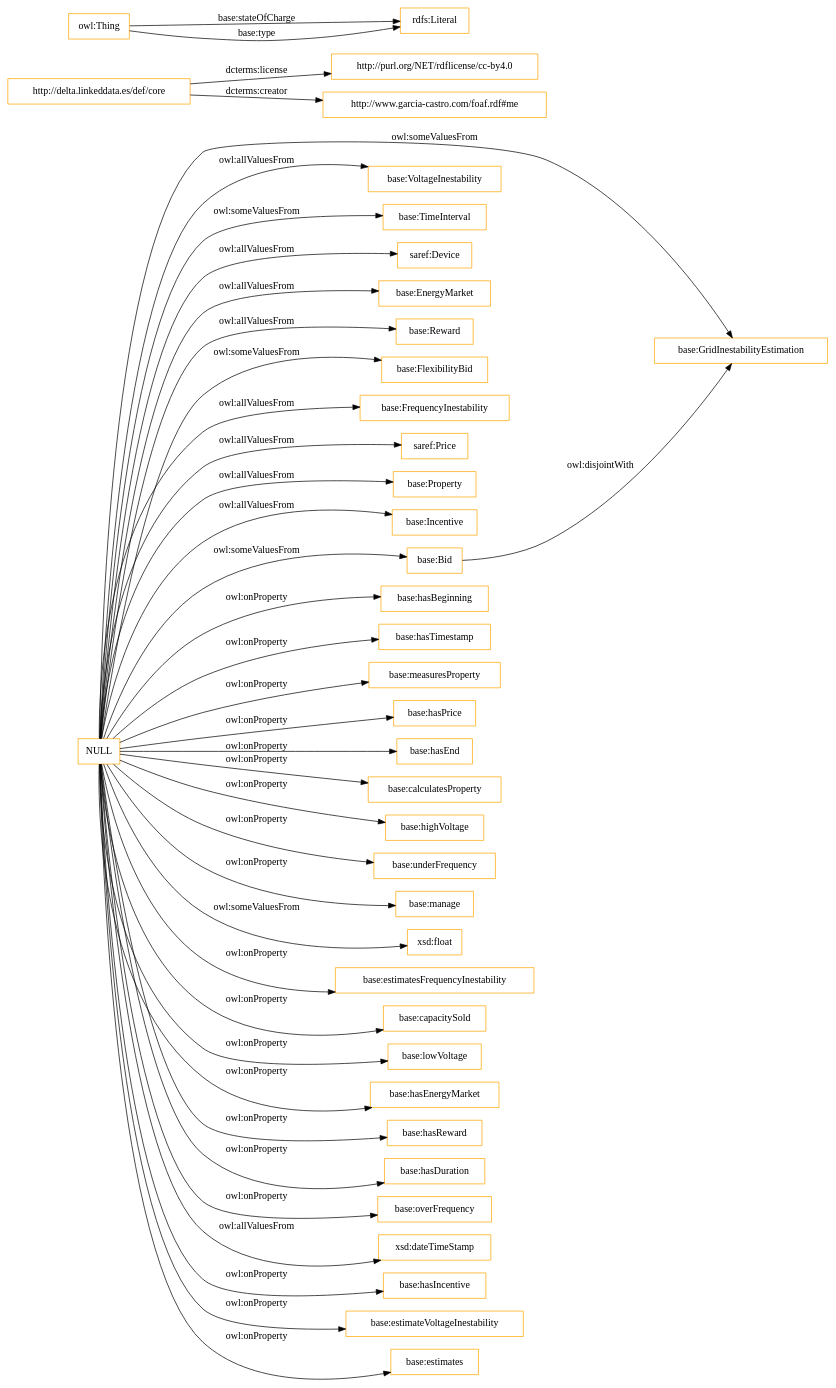
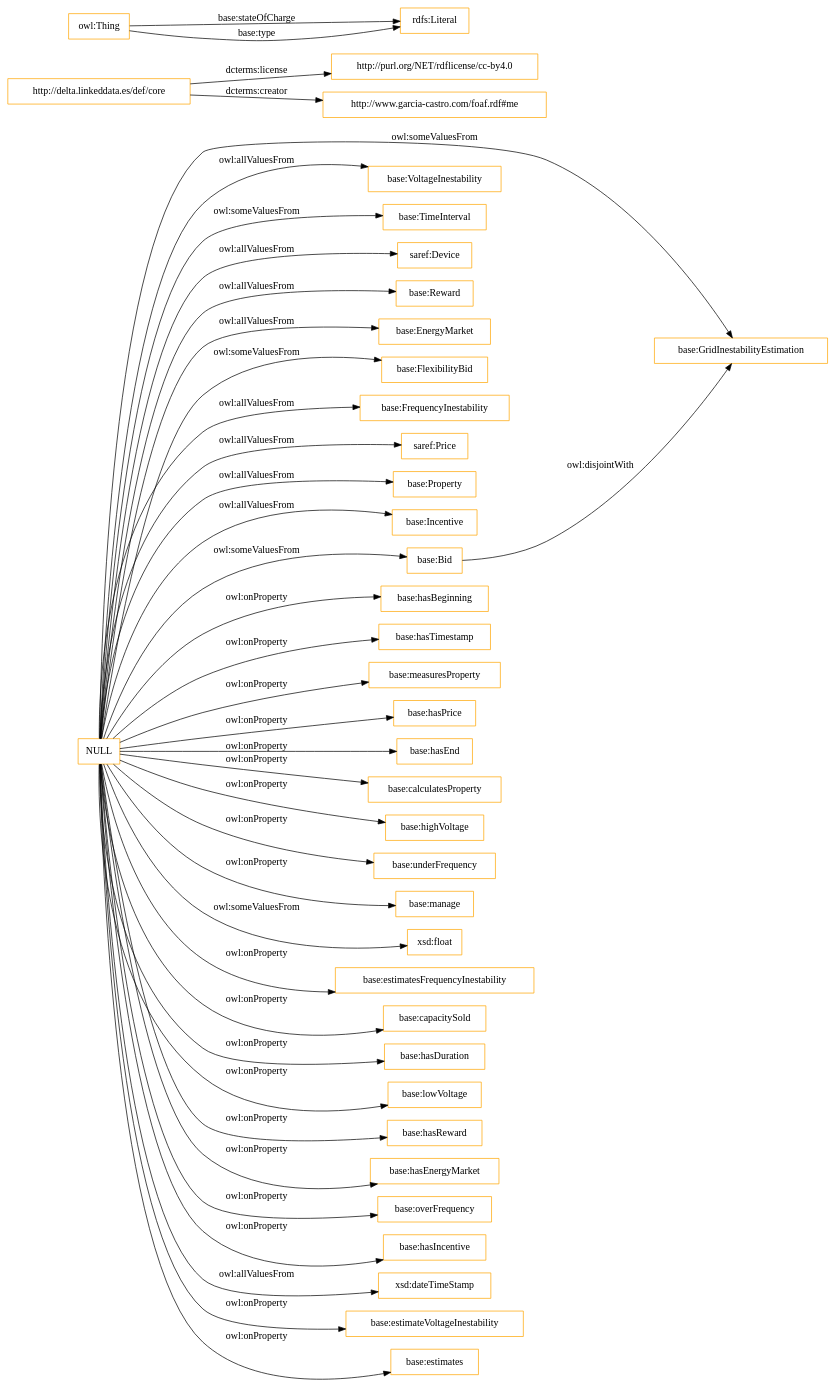
The diagram in OnToology/ontology/delta.ttl/diagrams/ar2dtool-class/delta.ttl.png.dot (oeg-upm/delta-ontology), drawn with Graphviz before and after one commit. The commit also changed 10 other files, not shown here.

```diff
--- a/OnToology/ontology/delta.ttl/diagrams/ar2dtool-class/delta.ttl.png.dot
+++ b/OnToology/ontology/delta.ttl/diagrams/ar2dtool-class/delta.ttl.png.dot
@@ -1,44 +1,44 @@
 digraph ar2dtool_diagram { 
 rankdir=LR;
 size="1501"
-node [shape = rectangle, color="orange"]; "base:GridInestabilityEstimation" "base:VoltageInestability" "base:TimeInterval" "saref:Device" "base:EnergyMarket" "base:Reward" "base:FlexibilityBid" "base:FrequencyInestability" "saref:Price" "base:Property" "base:Incentive" "base:Bid" ; /*classes style*/
+node [shape = rectangle, color="orange"]; "base:GridInestabilityEstimation" "base:VoltageInestability" "base:TimeInterval" "saref:Device" "base:Reward" "base:EnergyMarket" "base:FlexibilityBid" "base:FrequencyInestability" "saref:Price" "base:Property" "base:Incentive" "base:Bid" ; /*classes style*/
 	"http://delta.linkeddata.es/def/core" -> "http://purl.org/NET/rdflicense/cc-by4.0" [ label = "dcterms:license" ];
 	"http://delta.linkeddata.es/def/core" -> "http://www.garcia-castro.com/foaf.rdf#me" [ label = "dcterms:creator" ];
 	"base:Bid" -> "base:GridInestabilityEstimation" [ label = "owl:disjointWith" ];
+	"NULL" -> "base:TimeInterval" [ label = "owl:someValuesFrom" ];
 	"NULL" -> "base:hasBeginning" [ label = "owl:onProperty" ];
-	"NULL" -> "base:TimeInterval" [ label = "owl:someValuesFrom" ];
 	"NULL" -> "base:hasTimestamp" [ label = "owl:onProperty" ];
 	"NULL" -> "base:measuresProperty" [ label = "owl:onProperty" ];
 	"NULL" -> "base:hasPrice" [ label = "owl:onProperty" ];
 	"NULL" -> "base:hasEnd" [ label = "owl:onProperty" ];
 	"NULL" -> "base:calculatesProperty" [ label = "owl:onProperty" ];
 	"NULL" -> "base:FrequencyInestability" [ label = "owl:allValuesFrom" ];
 	"NULL" -> "base:highVoltage" [ label = "owl:onProperty" ];
 	"NULL" -> "base:underFrequency" [ label = "owl:onProperty" ];
 	"NULL" -> "base:manage" [ label = "owl:onProperty" ];
 	"NULL" -> "base:Incentive" [ label = "owl:allValuesFrom" ];
 	"NULL" -> "xsd:float" [ label = "owl:someValuesFrom" ];
 	"NULL" -> "base:Property" [ label = "owl:allValuesFrom" ];
 	"NULL" -> "base:estimatesFrequencyInestability" [ label = "owl:onProperty" ];
 	"NULL" -> "base:VoltageInestability" [ label = "owl:allValuesFrom" ];
 	"NULL" -> "base:FlexibilityBid" [ label = "owl:someValuesFrom" ];
 	"NULL" -> "base:Reward" [ label = "owl:allValuesFrom" ];
 	"NULL" -> "base:capacitySold" [ label = "owl:onProperty" ];
+	"NULL" -> "base:hasDuration" [ label = "owl:onProperty" ];
 	"NULL" -> "base:GridInestabilityEstimation" [ label = "owl:someValuesFrom" ];
 	"NULL" -> "base:lowVoltage" [ label = "owl:onProperty" ];
+	"NULL" -> "base:hasReward" [ label = "owl:onProperty" ];
 	"NULL" -> "base:hasEnergyMarket" [ label = "owl:onProperty" ];
-	"NULL" -> "base:hasReward" [ label = "owl:onProperty" ];
-	"NULL" -> "base:hasDuration" [ label = "owl:onProperty" ];
 	"NULL" -> "base:Bid" [ label = "owl:someValuesFrom" ];
 	"NULL" -> "base:overFrequency" [ label = "owl:onProperty" ];
+	"NULL" -> "base:hasIncentive" [ label = "owl:onProperty" ];
 	"NULL" -> "xsd:dateTimeStamp" [ label = "owl:allValuesFrom" ];
-	"NULL" -> "base:hasIncentive" [ label = "owl:onProperty" ];
 	"NULL" -> "base:estimateVoltageInestability" [ label = "owl:onProperty" ];
 	"NULL" -> "base:estimates" [ label = "owl:onProperty" ];
 	"NULL" -> "saref:Device" [ label = "owl:allValuesFrom" ];
 	"NULL" -> "base:EnergyMarket" [ label = "owl:allValuesFrom" ];
 	"NULL" -> "saref:Price" [ label = "owl:allValuesFrom" ];
 	"owl:Thing" -> "rdfs:Literal" [ label = "base:stateOfCharge" ];
 	"owl:Thing" -> "rdfs:Literal" [ label = "base:type" ];
 
 }
```
